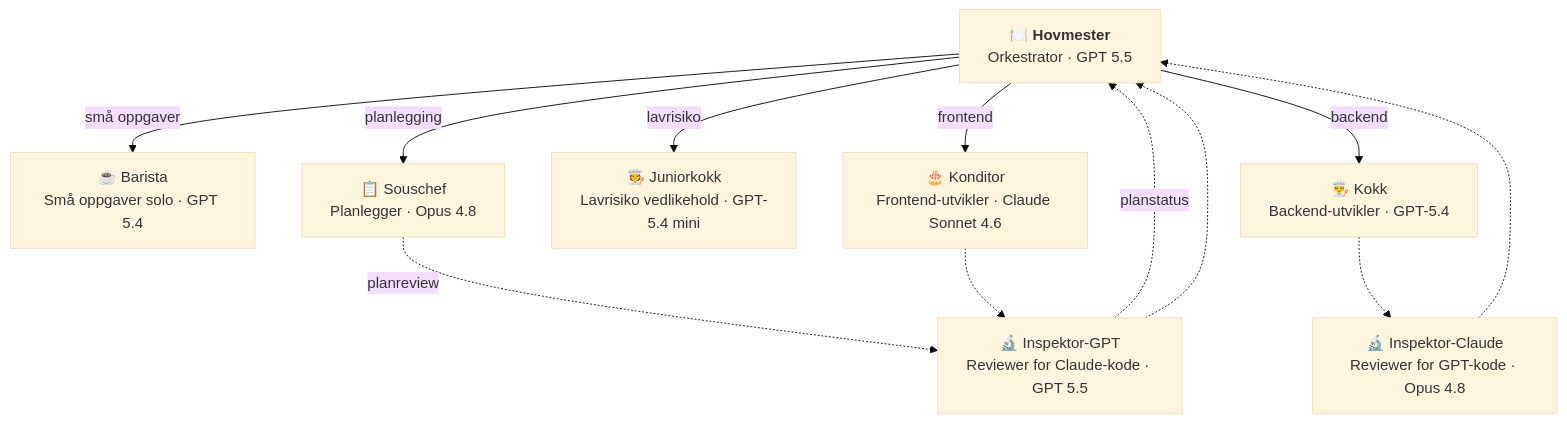
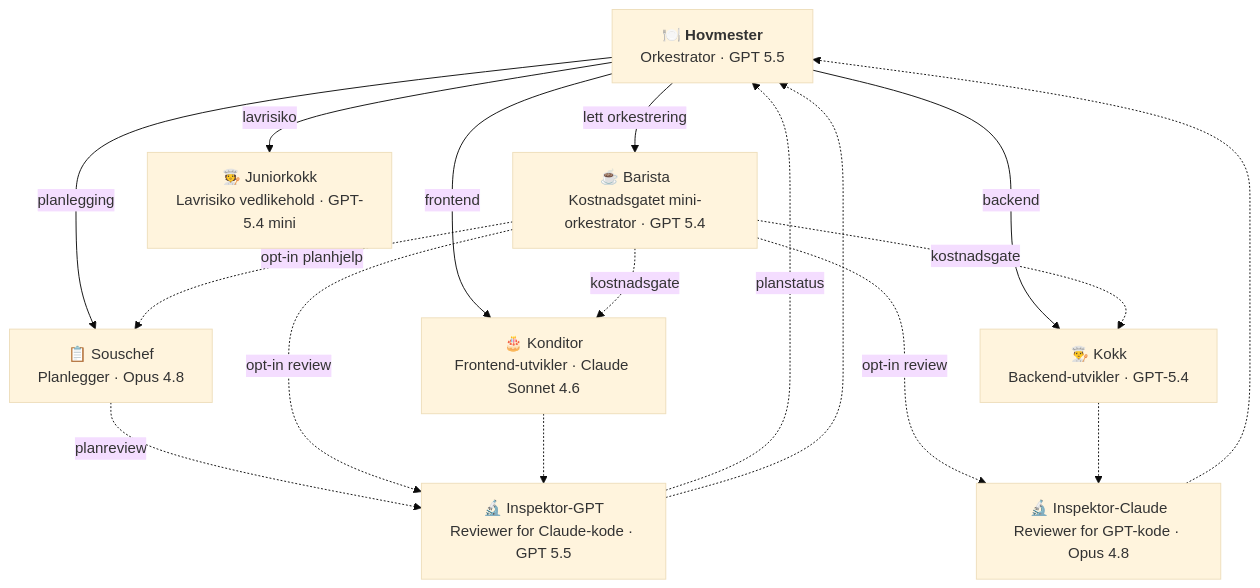
The diagram in README.md (navikt/hovmester), drawn with Mermaid (base theme) before and after one commit. The commit also changed other lines of this file and 4 other files, not shown here.

````diff
--- a/README.md
+++ b/README.md
@@ -38,21 +38,26 @@
 ```mermaid
 graph TD
     U["🍽️ <b>Hovmester</b><br/>Orkestrator · GPT 5.5"]
-    B["☕ Barista<br/>Små oppgaver solo · GPT 5.4"]
+    B["☕ Barista<br/>Kostnadsgatet mini-orkestrator · GPT 5.4"]
     S["📋 Souschef<br/>Planlegger · Opus 4.8"]
     J["🧑‍🍳 Juniorkokk<br/>Lavrisiko vedlikehold · GPT-5.4 mini"]
     K["👨‍🍳 Kokk<br/>Backend-utvikler · GPT-5.4"]
     KO["🎂 Konditor<br/>Frontend-utvikler · Claude Sonnet 4.6"]
     IC["🔬 Inspektor-Claude<br/>Reviewer for GPT-kode · Opus 4.8"]
     IG["🔬 Inspektor-GPT<br/>Reviewer for Claude-kode · GPT 5.5"]
 
     U -- planlegging --> S
     S -. planreview .-> IG
     IG -. planstatus .-> U
-    U -- små oppgaver --> B
+    U -- lett orkestrering --> B
     U -- lavrisiko --> J
     U -- backend --> K
     U -- frontend --> KO
+    B -. kostnadsgate .-> K
+    B -. kostnadsgate .-> KO
+    B -. opt-in planhjelp .-> S
+    B -. opt-in review .-> IC
+    B -. opt-in review .-> IG
     K -.-> IC -.-> U
     KO -.-> IG -.-> U
 ```
````
